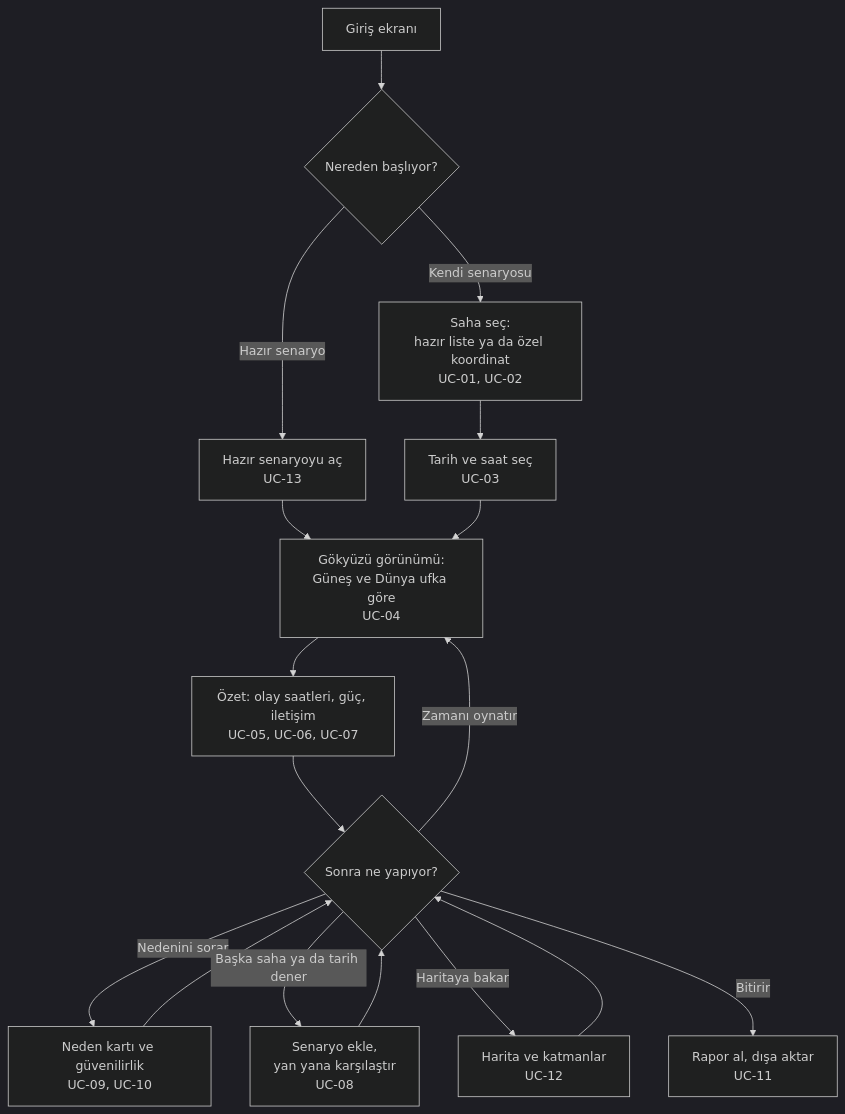
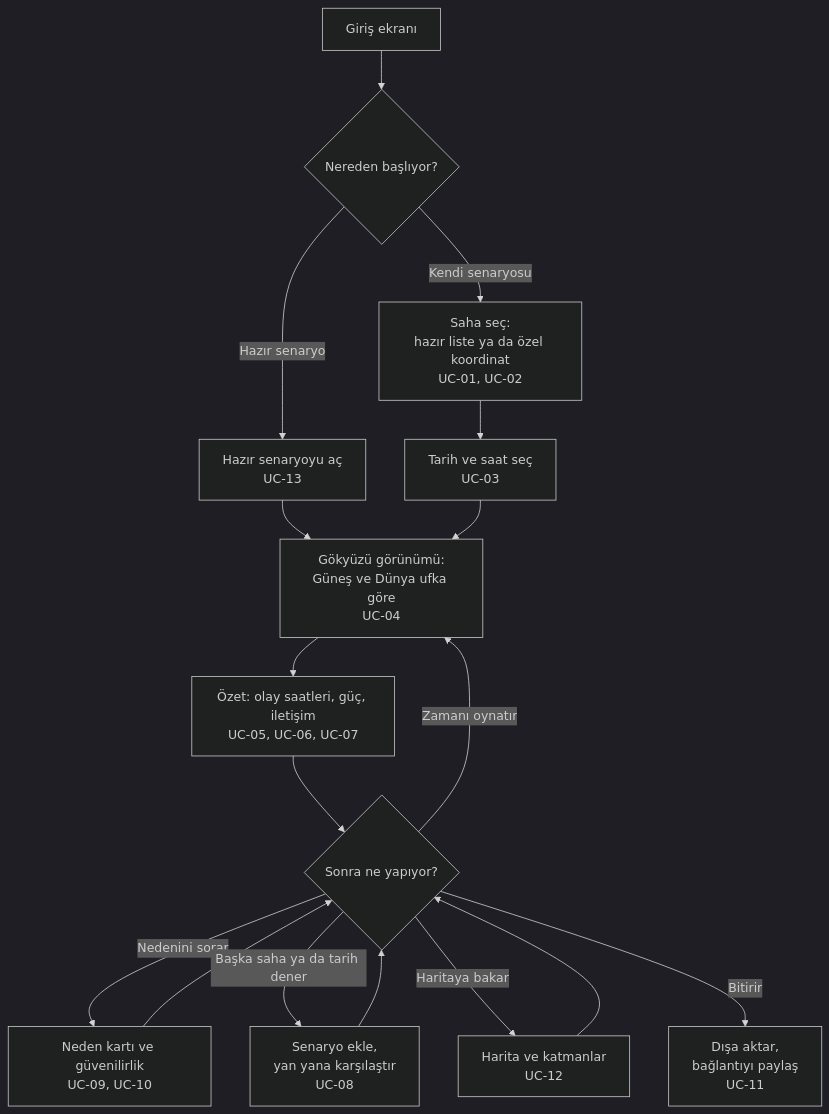
Before and after one commit to ahmetkrkyn0/NasaSpaceApp_FEZA: the first of 4 diagrams in docs/product/use-cases-and-scenarios.md, drawn with Mermaid (dark theme). The commit also changed other lines of this file and 1 other file, not shown here.

````diff
--- a/docs/product/use-cases-and-scenarios.md
+++ b/docs/product/use-cases-and-scenarios.md
@@ -67,19 +73,19 @@
 ```mermaid
 flowchart TD
   A["Giriş ekranı"] --> B{"Nereden başlıyor?"}
   B -- "Hazır senaryo" --> C["Hazır senaryoyu aç<br/>UC-13"]
   B -- "Kendi senaryosu" --> D["Saha seç:<br/>hazır liste ya da özel koordinat<br/>UC-01, UC-02"]
   D --> E["Tarih ve saat seç<br/>UC-03"]
   C --> F
   E --> F["Gökyüzü görünümü:<br/>Güneş ve Dünya ufka göre<br/>UC-04"]
   F --> G["Özet: olay saatleri, güç, iletişim<br/>UC-05, UC-06, UC-07"]
   G --> H{"Sonra ne yapıyor?"}
   H -- "Zamanı oynatır" --> F
   H -- "Nedenini sorar" --> I["Neden kartı ve güvenilirlik<br/>UC-09, UC-10"]
   H -- "Başka saha ya da tarih dener" --> J["Senaryo ekle,<br/>yan yana karşılaştır<br/>UC-08"]
   H -- "Haritaya bakar" --> L["Harita ve katmanlar<br/>UC-12"]
   I --> H
   J --> H
   L --> H
-  H -- "Bitirir" --> K["Rapor al, dışa aktar<br/>UC-11"]
+  H -- "Bitirir" --> K["Dışa aktar,<br/>bağlantıyı paylaş<br/>UC-11"]
 ```
````
